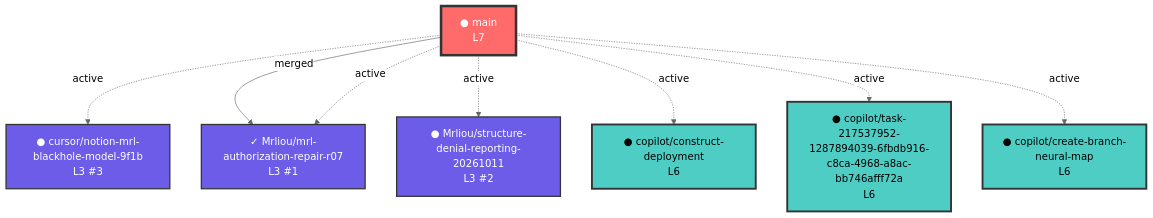
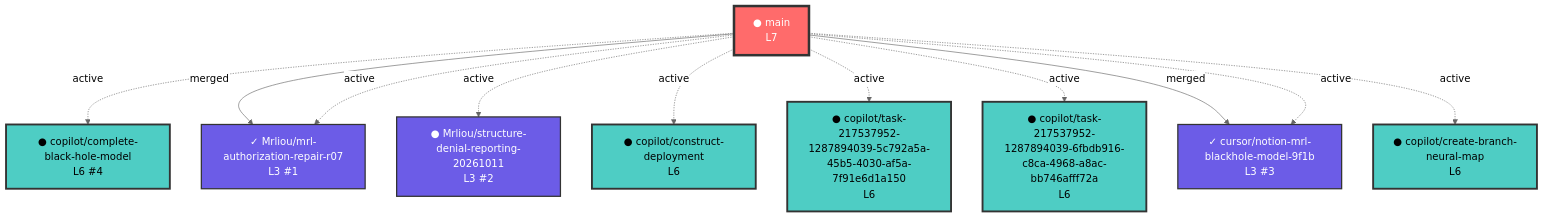
Before and after one commit to dofaromg/MRL_ASI_system: the diagram in neural-links/synaptic-graph.mermaid, drawn with Mermaid (neutral theme). The commit also changed 1 other file, not shown here.

Commit message:
🧠 Auto-sync neural network map [skip ci]

````diff
--- a/neural-links/synaptic-graph.mermaid
+++ b/neural-links/synaptic-graph.mermaid
@@ -1,29 +1,34 @@
 ```mermaid
 graph TD
   %% 神經網絡分支圖譜 - origin_signature: MrLiouWord
 
   %% 節點定義
   main["● main<br/>L7"]:::trunk
-  cursor_notion_mrl_blackhole_model_9f1b["● cursor/notion-mrl-blackhole-model-9f1b<br/>L3 #3"]:::experimental
+  copilot_complete_black_hole_model["● copilot/complete-black-hole-model<br/>L6 #4"]:::cognitive
   Mrliou_mrl_authorization_repair_r07["✓ Mrliou/mrl-authorization-repair-r07<br/>L3 #1"]:::experimental
   Mrliou_structure_denial_reporting_20261011["● Mrliou/structure-denial-reporting-20261011<br/>L3 #2"]:::experimental
   copilot_construct_deployment["● copilot/construct-deployment<br/>L6"]:::cognitive
+  copilot_task_217537952_1287894039_5c792a5a_45b5_4030_af5a_7f91e6d1a150["● copilot/task-217537952-1287894039-5c792a5a-45b5-4030-af5a-7f91e6d1a150<br/>L6"]:::cognitive
   copilot_task_217537952_1287894039_6fbdb916_c8ca_4968_a8ac_bb746afff72a["● copilot/task-217537952-1287894039-6fbdb916-c8ca-4968-a8ac-bb746afff72a<br/>L6"]:::cognitive
+  cursor_notion_mrl_blackhole_model_9f1b["✓ cursor/notion-mrl-blackhole-model-9f1b<br/>L3 #3"]:::experimental
   copilot_create_branch_neural_map["● copilot/create-branch-neural-map<br/>L6"]:::cognitive
 
   %% 連結定義
-  main -.->|active| cursor_notion_mrl_blackhole_model_9f1b
+  main -.->|active| copilot_complete_black_hole_model
   main -->|merged| Mrliou_mrl_authorization_repair_r07
   main -.->|active| Mrliou_structure_denial_reporting_20261011
   main -.->|active| copilot_construct_deployment
+  main -.->|active| copilot_task_217537952_1287894039_5c792a5a_45b5_4030_af5a_7f91e6d1a150
   main -.->|active| copilot_task_217537952_1287894039_6fbdb916_c8ca_4968_a8ac_bb746afff72a
+  main -->|merged| cursor_notion_mrl_blackhole_model_9f1b
+  main -.->|active| cursor_notion_mrl_blackhole_model_9f1b
   main -.->|active| Mrliou_mrl_authorization_repair_r07
   main -.->|active| copilot_create_branch_neural_map
 
   %% 樣式定義
   classDef trunk fill:#ff6b6b,stroke:#333,stroke-width:4px,color:#fff
   classDef cognitive fill:#4ecdc4,stroke:#333,stroke-width:3px,color:#000
   classDef feature fill:#95e1d3,stroke:#333,stroke-width:2px,color:#000
   classDef hotfix fill:#f9ca24,stroke:#333,stroke-width:2px,color:#000
   classDef experimental fill:#6c5ce7,stroke:#333,stroke-width:2px,color:#fff
 ```
````
